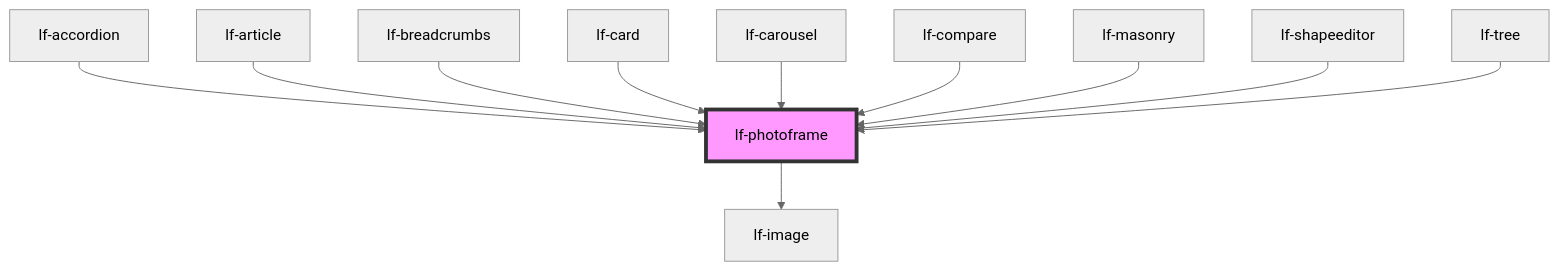
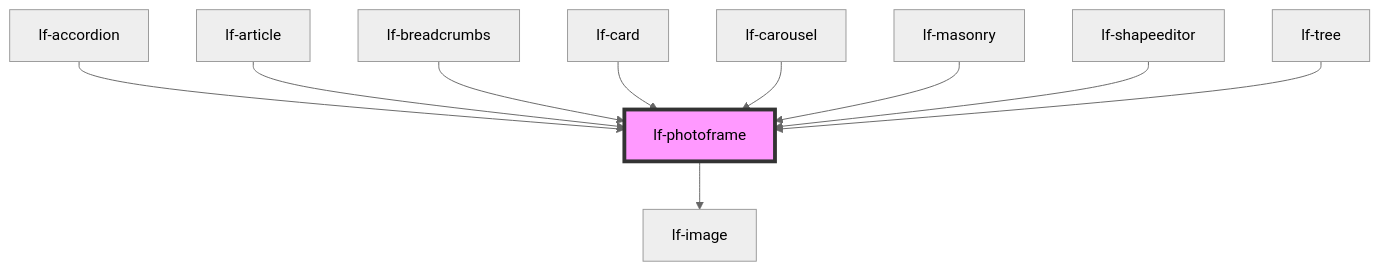
The diagram in packages/core/src/components/lf-photoframe/readme.md (lucafoscili/lf-widgets), drawn with Mermaid (neutral theme) before and after one commit. The commit also changed other lines of this file and 191 other files, not shown here.

First line of the commit message:
chore: Refactor to functional component architecture for UI

````diff
--- a/packages/core/src/components/lf-photoframe/readme.md
+++ b/packages/core/src/components/lf-photoframe/readme.md
@@ -125,14 +124,13 @@
 ```mermaid
 graph TD;
   lf-photoframe --> lf-image
   lf-accordion --> lf-photoframe
   lf-article --> lf-photoframe
   lf-breadcrumbs --> lf-photoframe
   lf-card --> lf-photoframe
   lf-carousel --> lf-photoframe
-  lf-compare --> lf-photoframe
   lf-masonry --> lf-photoframe
   lf-shapeeditor --> lf-photoframe
   lf-tree --> lf-photoframe
   style lf-photoframe fill:#f9f,stroke:#333,stroke-width:4px
 ```
````
